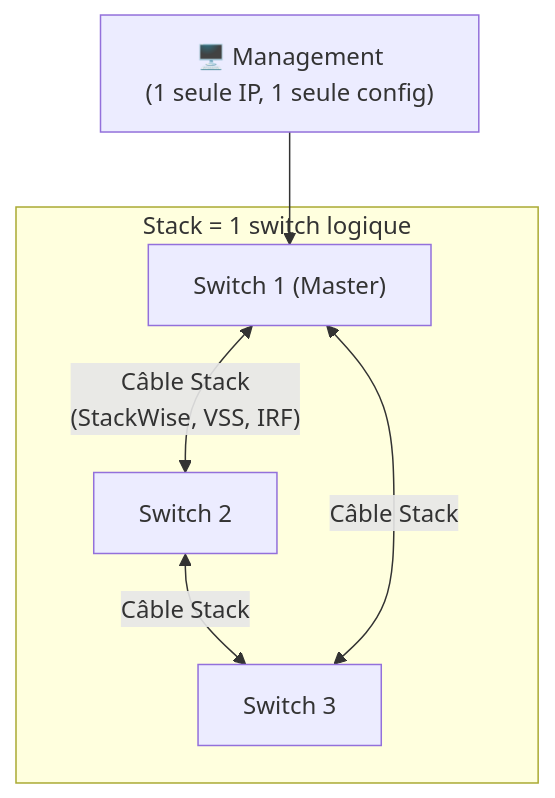
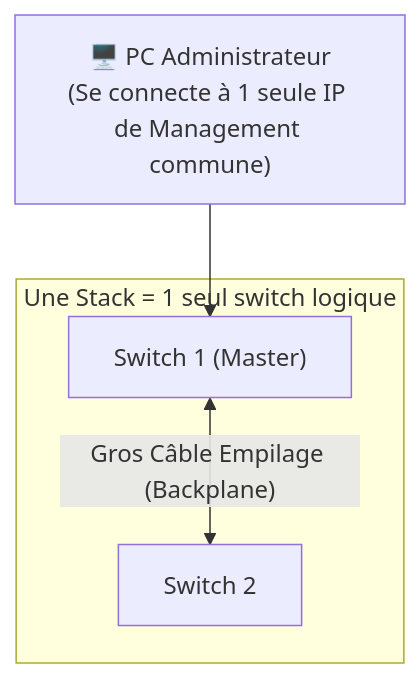
One commit to MontSekai/Documentations changed the second of 2 diagrams in docs/Reseau/haute_disponibilite.md. Above: the diagram before and after it, drawn with Mermaid. The commit also changed other lines of this file and 50 other files, not shown here.

````diff
--- a/docs/Reseau/haute_disponibilite.md
+++ b/docs/Reseau/haute_disponibilite.md
@@ -86,12 +43,9 @@
 ```mermaid
 graph TD
-    subgraph "Stack = 1 switch logique"
+    subgraph "Une Stack = 1 seul switch logique"
         S1["Switch 1 (Master)"]
         S2["Switch 2"]
-        S3["Switch 3"]
-        S1 <-- "Câble Stack\n(StackWise, VSS, IRF)" --> S2
-        S2 <-- "Câble Stack" --> S3
-        S3 <-- "Câble Stack" --> S1
+        S1 <-- "Gros Câble Empilage (Backplane)" --> S2
     end
-    ADM["🖥️ Management\n(1 seule IP, 1 seule config)"] --> S1
+    ADM["🖥️ PC Administrateur\n(Se connecte à 1 seule IP de Management commune)"] --> S1
 ```
````
